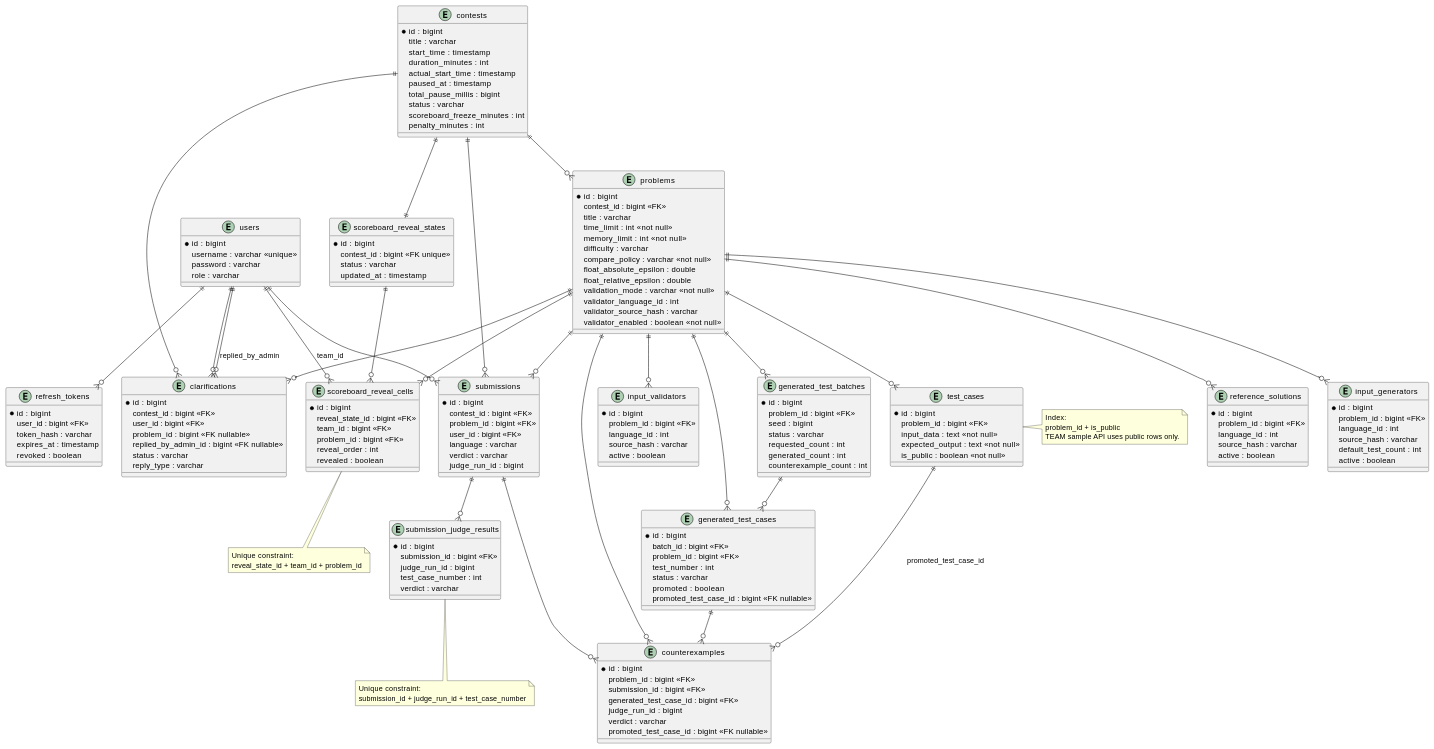
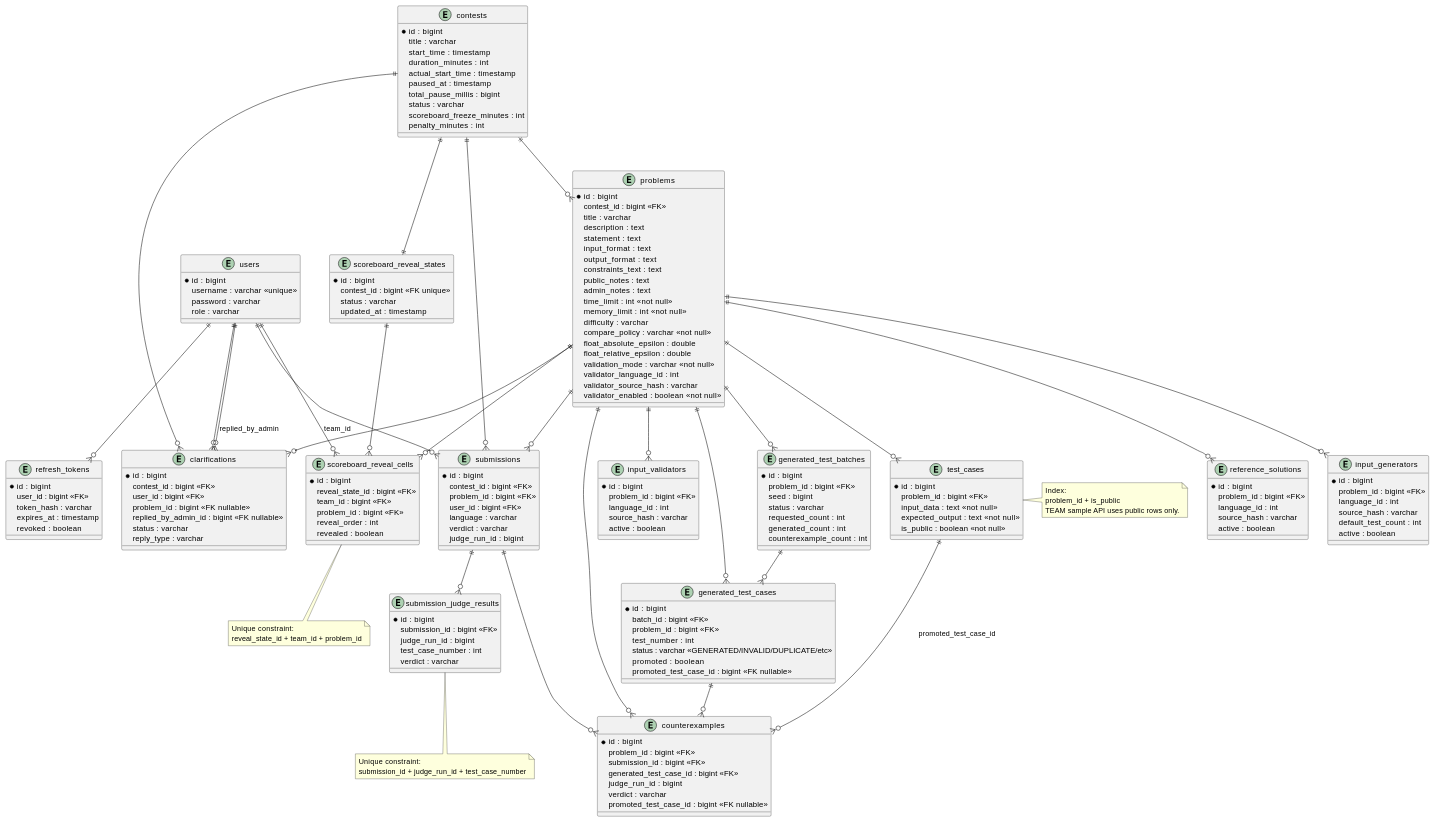
One commit to AuraC-graduate-project/AuraC2 changed diagram 17 of 18 in docs/report-rebuild/diagram-prompts.md. Above: the diagram before and after it, drawn with PlantUML. The commit also changed other lines of this file and 20 other files, not shown here.

```diff
--- a/docs/report-rebuild/diagram-prompts.md
+++ b/docs/report-rebuild/diagram-prompts.md
@@ -958,6 +974,13 @@
   * id : bigint
   contest_id : bigint <<FK>>
   title : varchar
+  description : text
+  statement : text
+  input_format : text
+  output_format : text
+  constraints_text : text
+  public_notes : text
+  admin_notes : text
   time_limit : int <<not null>>
   memory_limit : int <<not null>>
   difficulty : varchar
@@ -1051,7 +1074,7 @@
   batch_id : bigint <<FK>>
   problem_id : bigint <<FK>>
   test_number : int
-  status : varchar
+  status : varchar <<GENERATED/INVALID/DUPLICATE/etc>>
   promoted : boolean
   promoted_test_case_id : bigint <<FK nullable>>
 }
```
